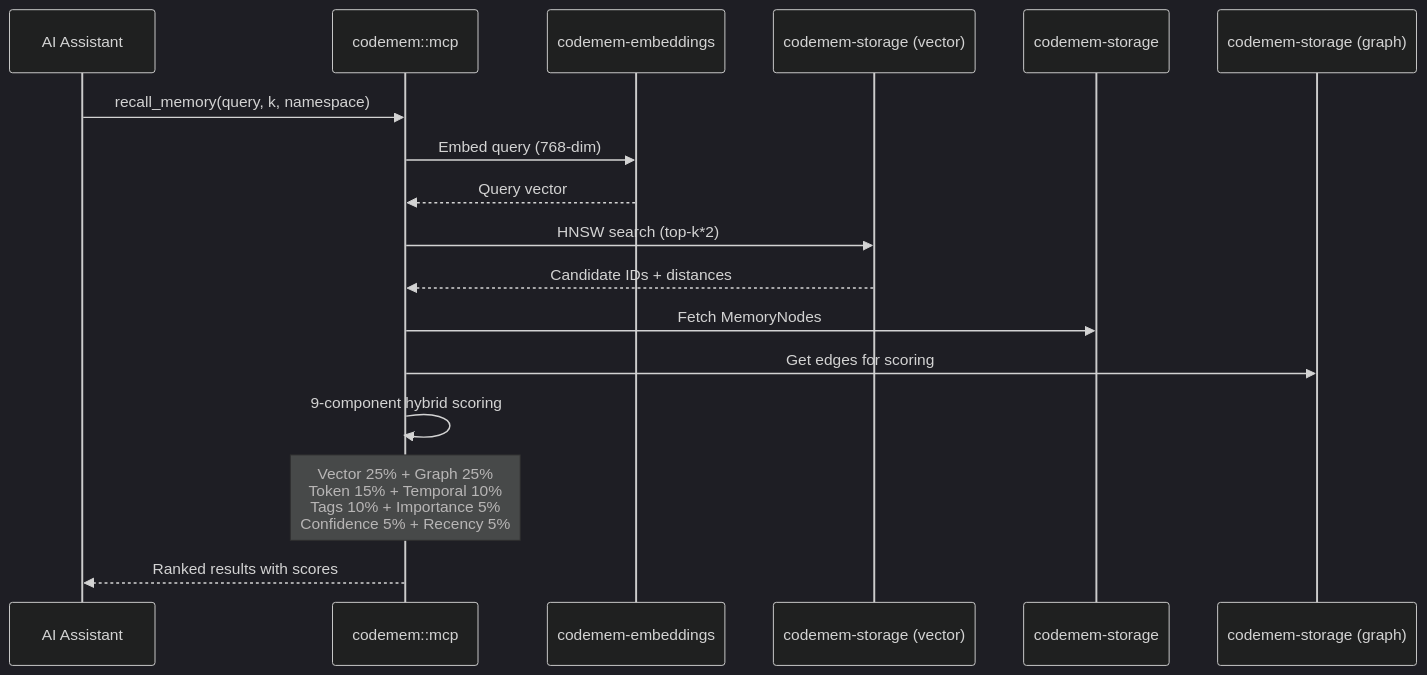
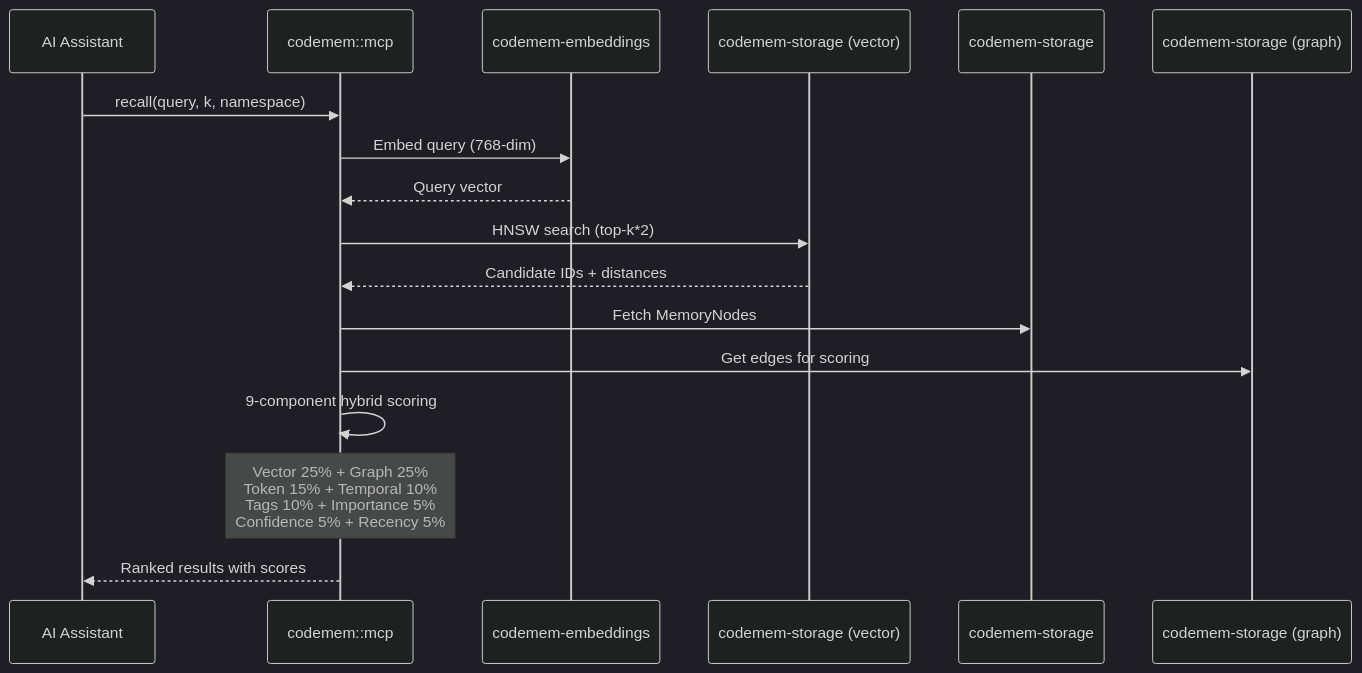
The sixth of 10 diagrams in docs/architecture.md (cogniplex/codemem), drawn with Mermaid (dark theme) before and after one commit. The commit also changed other lines of this file and 34 other files, not shown here.

````diff
--- a/docs/architecture.md
+++ b/docs/architecture.md
@@ -230,20 +234,20 @@
 ```mermaid
 sequenceDiagram
     participant AI as AI Assistant
     participant MCP as codemem::mcp
     participant Emb as codemem-embeddings
     participant Vec as codemem-storage (vector)
     participant Store as codemem-storage
     participant Graph as codemem-storage (graph)
 
-    AI->>MCP: recall_memory(query, k, namespace)
+    AI->>MCP: recall(query, k, namespace)
     MCP->>Emb: Embed query (768-dim)
     Emb-->>MCP: Query vector
     MCP->>Vec: HNSW search (top-k*2)
     Vec-->>MCP: Candidate IDs + distances
     MCP->>Store: Fetch MemoryNodes
     MCP->>Graph: Get edges for scoring
     MCP->>MCP: 9-component hybrid scoring
     Note over MCP: Vector 25% + Graph 25%<br/>Token 15% + Temporal 10%<br/>Tags 10% + Importance 5%<br/>Confidence 5% + Recency 5%
     MCP-->>AI: Ranked results with scores
 ```
````
